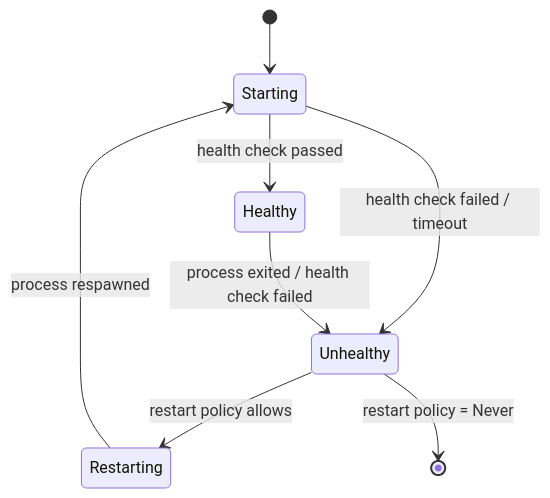
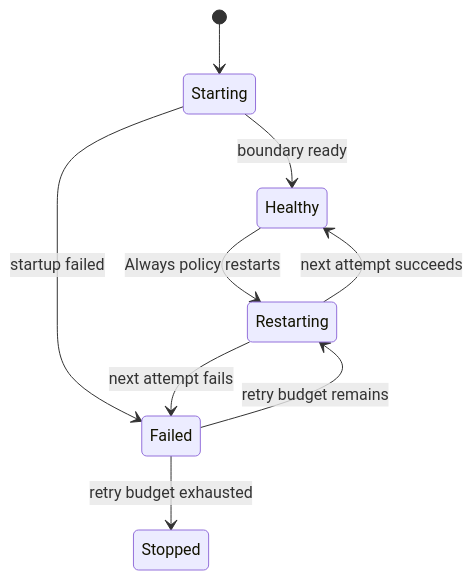
The diagram in docs/mobkit/guides/module-system.mdx (carenic/meerkat), drawn with Mermaid before and after one commit. The commit also changed other lines of this file and 24 other files, not shown here.

````diff
--- a/docs/mobkit/guides/module-system.mdx
+++ b/docs/mobkit/guides/module-system.mdx
@@ -93,10 +146,11 @@
 ```mermaid
 stateDiagram-v2
     [*] --> Starting
-    Starting --> Healthy : health check passed
-    Starting --> Unhealthy : health check failed / timeout
-    Healthy --> Unhealthy : process exited / health check failed
-    Unhealthy --> Restarting : restart policy allows
-    Restarting --> Starting : process respawned
-    Unhealthy --> [*] : restart policy = Never
+    Starting --> Healthy : boundary ready
+    Starting --> Failed : startup failed
+    Failed --> Restarting : retry budget remains
+    Restarting --> Healthy : next attempt succeeds
+    Restarting --> Failed : next attempt fails
+    Healthy --> Restarting : Always policy restarts
+    Failed --> Stopped : retry budget exhausted
 ```
````
